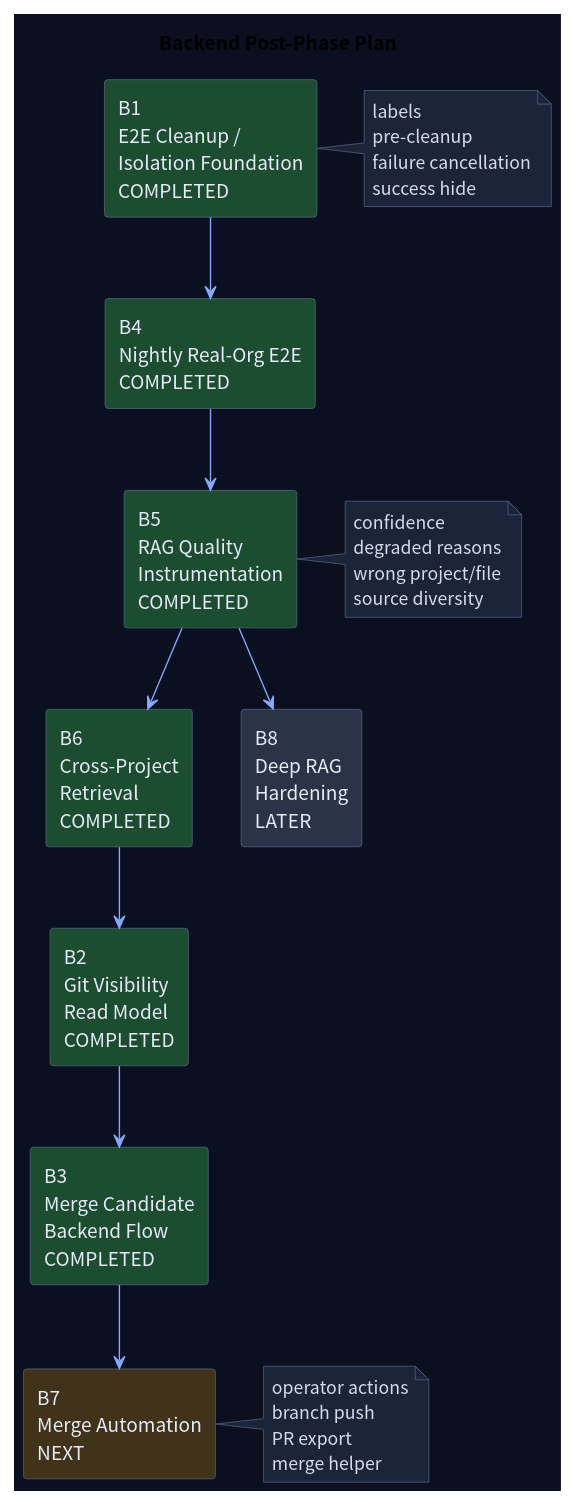
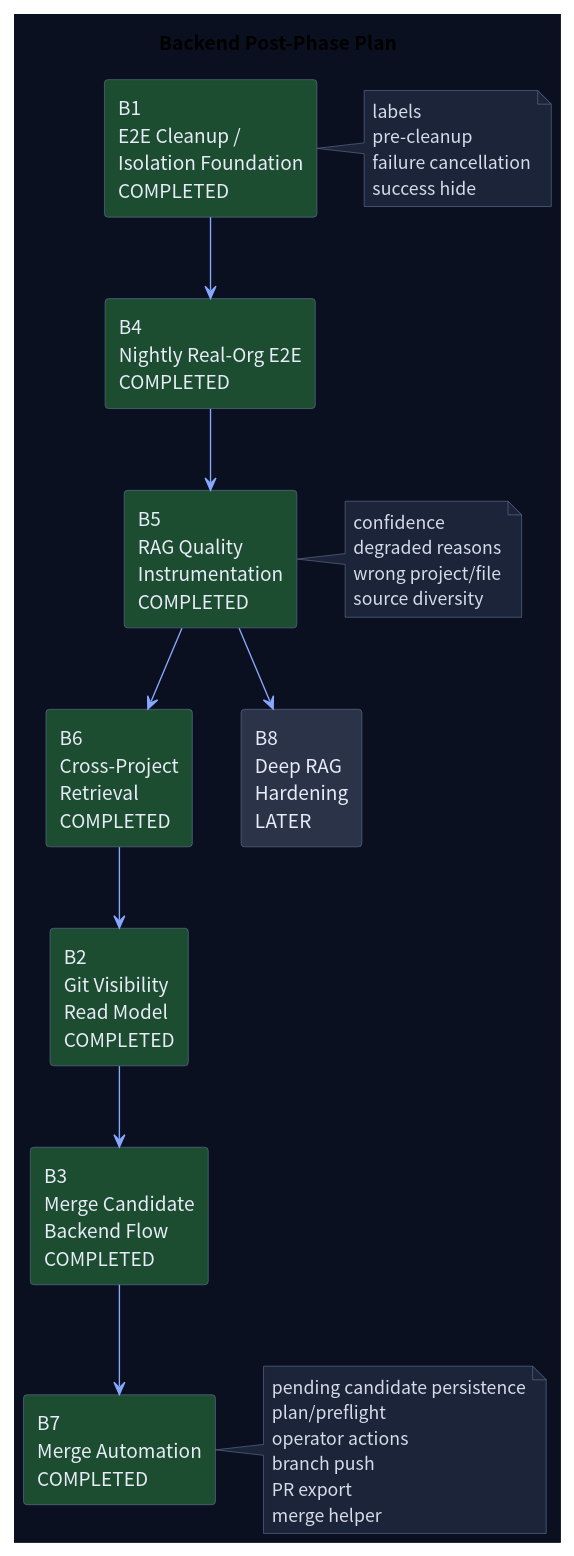
One commit to twpark-ops/squadrail changed the diagram in docs/backend-post-phase-plan.puml. Above: the diagram before and after it, drawn with PlantUML. The commit also changed 14 other files, not shown here.

Commit message:
feat(runtime): complete b7 merge automation

```diff
--- a/docs/backend-post-phase-plan.puml
+++ b/docs/backend-post-phase-plan.puml
@@ -1,52 +1,54 @@
 @startuml
 title Backend Post-Phase Plan
 
 skinparam backgroundColor #0B1020
 skinparam defaultFontName "Noto Sans CJK KR"
 skinparam ArrowColor #86A8FF
 skinparam RectangleBorderColor #5B6B8C
 skinparam RectangleFontColor #E8ECF8
 skinparam RectangleBackgroundColor #131A2B
 skinparam NoteBackgroundColor #1B2438
 skinparam NoteBorderColor #5B6B8C
 skinparam NoteFontColor #D7DCEC
 
 rectangle "B1\nE2E Cleanup /\nIsolation Foundation\nCOMPLETED" as B1 #1D4D31
 rectangle "B4\nNightly Real-Org E2E\nCOMPLETED" as B4 #1D4D31
 rectangle "B5\nRAG Quality\nInstrumentation\nCOMPLETED" as B5 #1D4D31
 rectangle "B6\nCross-Project\nRetrieval\nCOMPLETED" as B6 #1D4D31
 rectangle "B2\nGit Visibility\nRead Model\nCOMPLETED" as B2 #1D4D31
 rectangle "B3\nMerge Candidate\nBackend Flow\nCOMPLETED" as B3 #1D4D31
-rectangle "B7\nMerge Automation\nNEXT" as B7 #40331A
+rectangle "B7\nMerge Automation\nCOMPLETED" as B7 #1D4D31
 rectangle "B8\nDeep RAG\nHardening\nLATER" as B8 #2B3348
 
 B1 --> B4
 B4 --> B5
 B5 --> B6
 B6 --> B2
 B2 --> B3
 B3 --> B7
 B5 --> B8
 
 note right of B1
 labels
 pre-cleanup
 failure cancellation
 success hide
 end note
 
 note right of B5
 confidence
 degraded reasons
 wrong project/file
 source diversity
 end note
 
 note right of B7
+pending candidate persistence
+plan/preflight
 operator actions
 branch push
 PR export
 merge helper
 end note
 
 @enduml
```
